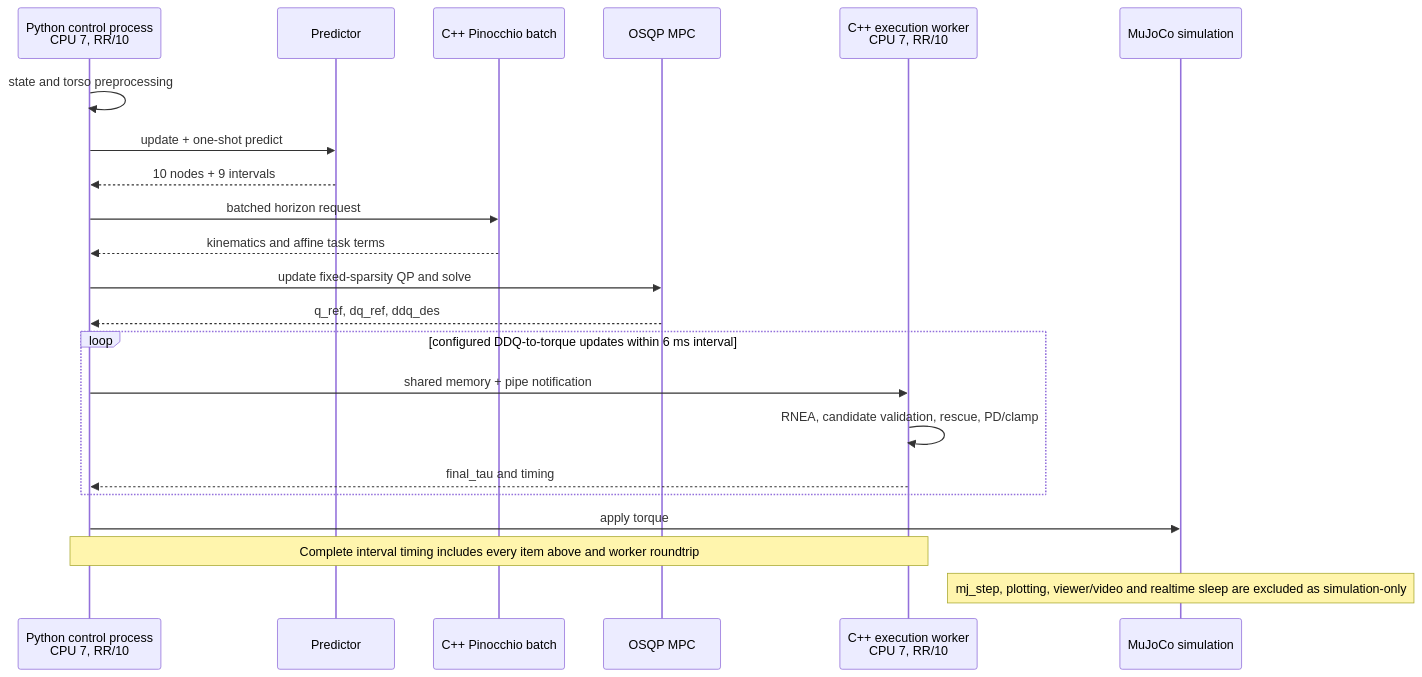
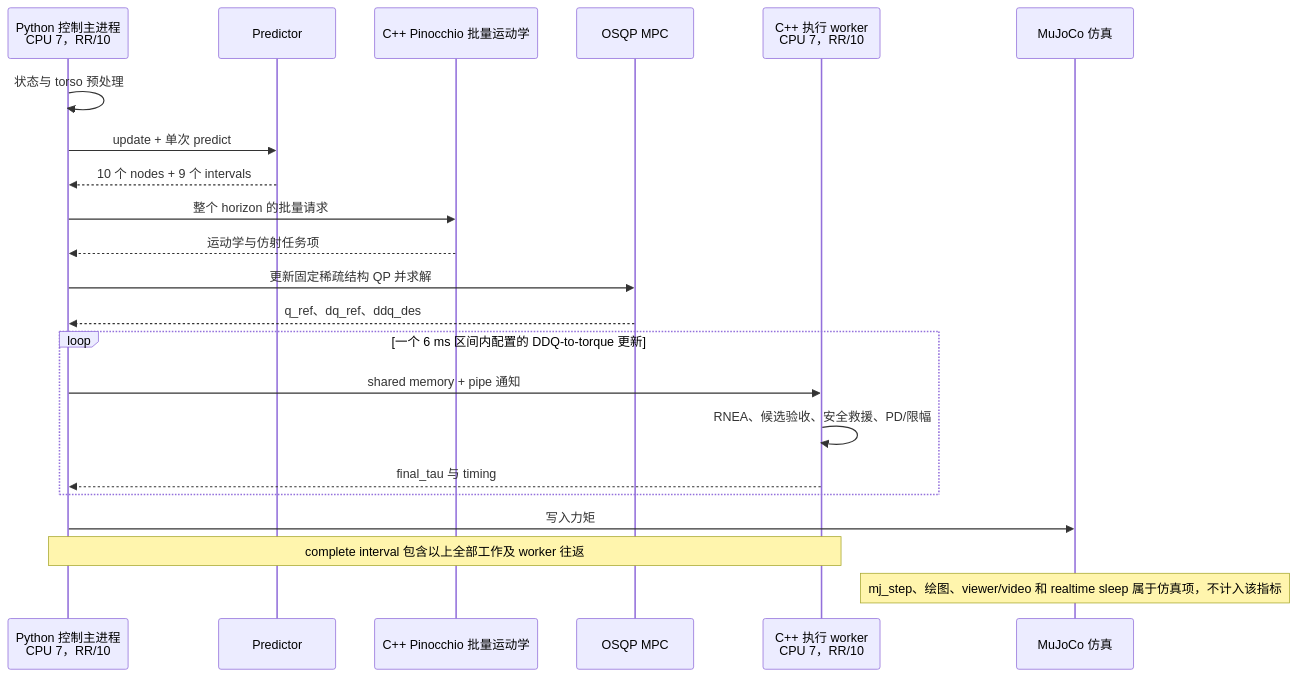
Before and after one commit to jiakefu9-hub/hold-my-beer-mpc: the fifth of 6 diagrams in PRE_HARDWARE_FREEZE.md, drawn with Mermaid. The commit also changed other lines of this file and 13 other files, not shown here.

````diff
--- a/PRE_HARDWARE_FREEZE.md
+++ b/PRE_HARDWARE_FREEZE.md
@@ -213,25 +205,25 @@
 ```mermaid
 sequenceDiagram
-    participant Py as Python control process<br/>CPU 7, RR/10
+    participant Py as Python 控制主进程<br/>CPU 7，RR/10
     participant Pred as Predictor
-    participant Kin as C++ Pinocchio batch
+    participant Kin as C++ Pinocchio 批量运动学
     participant QP as OSQP MPC
-    participant W as C++ execution worker<br/>CPU 7, RR/10
-    participant MJ as MuJoCo simulation
+    participant W as C++ 执行 worker<br/>CPU 7，RR/10
+    participant MJ as MuJoCo 仿真
 
-    Py->>Py: state and torso preprocessing
-    Py->>Pred: update + one-shot predict
-    Pred-->>Py: 10 nodes + 9 intervals
-    Py->>Kin: batched horizon request
-    Kin-->>Py: kinematics and affine task terms
-    Py->>QP: update fixed-sparsity QP and solve
-    QP-->>Py: q_ref, dq_ref, ddq_des
-    loop configured DDQ-to-torque updates within 6 ms interval
-        Py->>W: shared memory + pipe notification
-        W->>W: RNEA, candidate validation, rescue, PD/clamp
-        W-->>Py: final_tau and timing
+    Py->>Py: 状态与 torso 预处理
+    Py->>Pred: update + 单次 predict
+    Pred-->>Py: 10 个 nodes + 9 个 intervals
+    Py->>Kin: 整个 horizon 的批量请求
+    Kin-->>Py: 运动学与仿射任务项
+    Py->>QP: 更新固定稀疏结构 QP 并求解
+    QP-->>Py: q_ref、dq_ref、ddq_des
+    loop 一个 6 ms 区间内配置的 DDQ-to-torque 更新
+        Py->>W: shared memory + pipe 通知
+        W->>W: RNEA、候选验收、安全救援、PD/限幅
+        W-->>Py: final_tau 与 timing
     end
-    Py->>MJ: apply torque
-    Note over Py,W: Complete interval timing includes every item above and worker roundtrip
-    Note over MJ: mj_step, plotting, viewer/video and realtime sleep are excluded as simulation-only
+    Py->>MJ: 写入力矩
+    Note over Py,W: complete interval 包含以上全部工作及 worker 往返
+    Note over MJ: mj_step、绘图、viewer/video 和 realtime sleep 属于仿真项，不计入该指标
 ```
````
